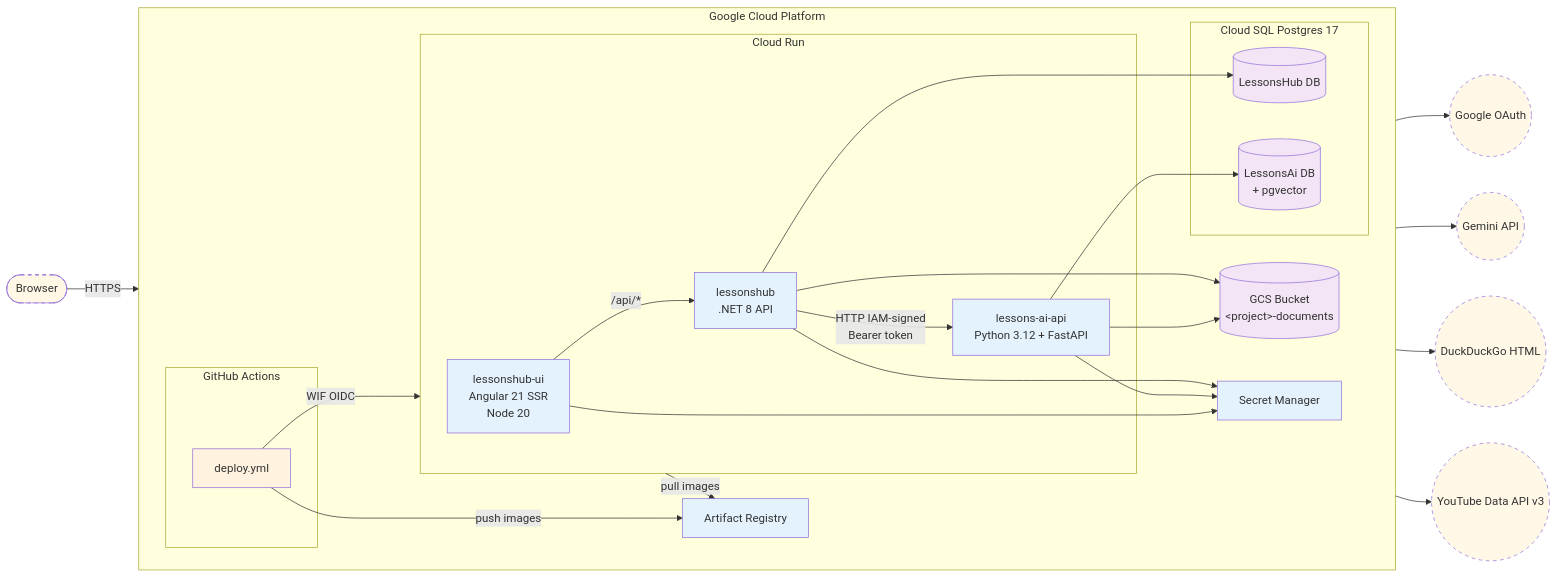
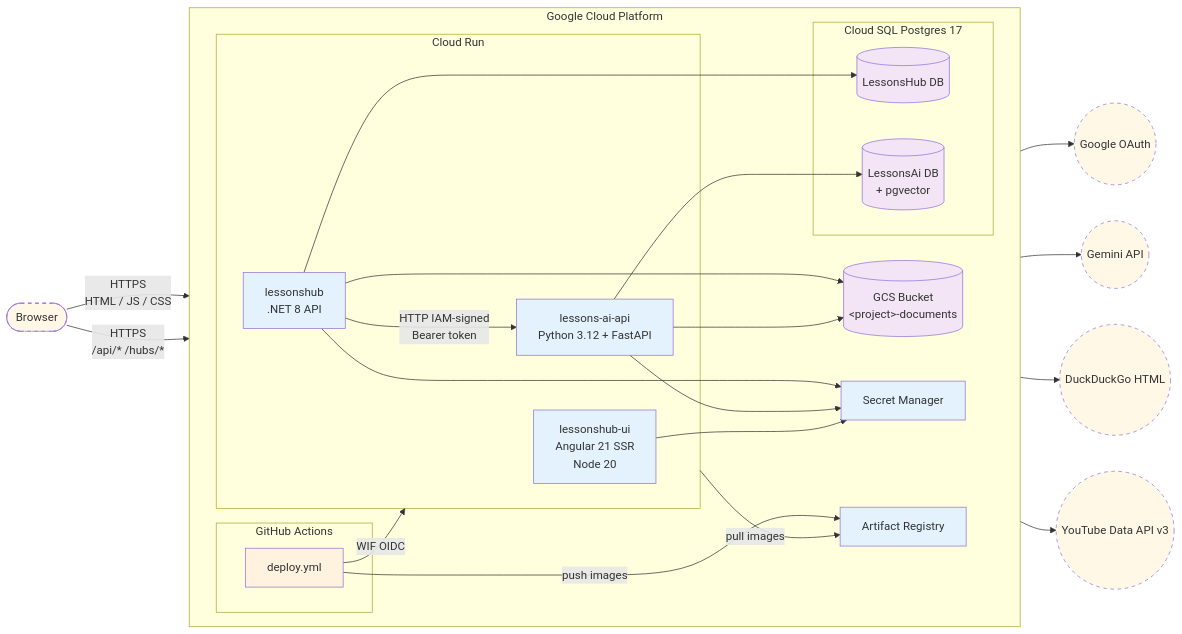
The first of 4 diagrams in diagrams/01-cloud-architecture.md (Dockdep/LessonHub), drawn with Mermaid before and after one commit. The commit also changed other lines of this file and 33 other files, not shown here.

````diff
--- a/diagrams/01-cloud-architecture.md
+++ b/diagrams/01-cloud-architecture.md
@@ -9,55 +9,55 @@
 ```mermaid
 flowchart LR
   classDef external stroke-dasharray: 5 5,fill:#fff8e7
   classDef internal fill:#e3f2fd
   classDef data fill:#f3e5f5
   classDef cicd fill:#fff3e0
 
   user([Browser]):::external
   google((Google OAuth)):::external
   gemini((Gemini API)):::external
   ddg((DuckDuckGo HTML)):::external
   yt((YouTube Data API v3)):::external
 
   subgraph gcp[Google Cloud Platform]
     direction LR
 
     subgraph cr[Cloud Run]
       ui[lessonshub-ui<br/>Angular 21 SSR<br/>Node 20]:::internal
       api[lessonshub<br/>.NET 8 API]:::internal
       ai[lessons-ai-api<br/>Python 3.12 + FastAPI]:::internal
     end
 
     subgraph sql[Cloud SQL Postgres 17]
       db1[(LessonsHub DB)]:::data
       db2[(LessonsAi DB<br/>+ pgvector)]:::data
     end
 
     gcs[("GCS Bucket<br/>&lt;project&gt;-documents")]:::data
 
     sm[Secret Manager]:::internal
     ar[Artifact Registry]:::internal
 
     subgraph ci[GitHub Actions]
       gh[deploy.yml]:::cicd
     end
   end
 
-  user -- HTTPS --> ui
-  ui -- /api/* --> api
+  user -- HTTPS<br/>HTML / JS / CSS --> ui
+  user -- HTTPS<br/>/api/* /hubs/* --> api
   ui --> google
   api -- HTTP IAM-signed<br/>Bearer token --> ai
   api --> db1
   api --> gcs
   ai --> db2
   ai --> gcs
   ai --> gemini
   ai --> ddg
   ai --> yt
   api --> sm
   ai --> sm
   ui --> sm
   gh -- WIF OIDC --> cr
   gh -- push images --> ar
   cr -- pull images --> ar
 ```
````
